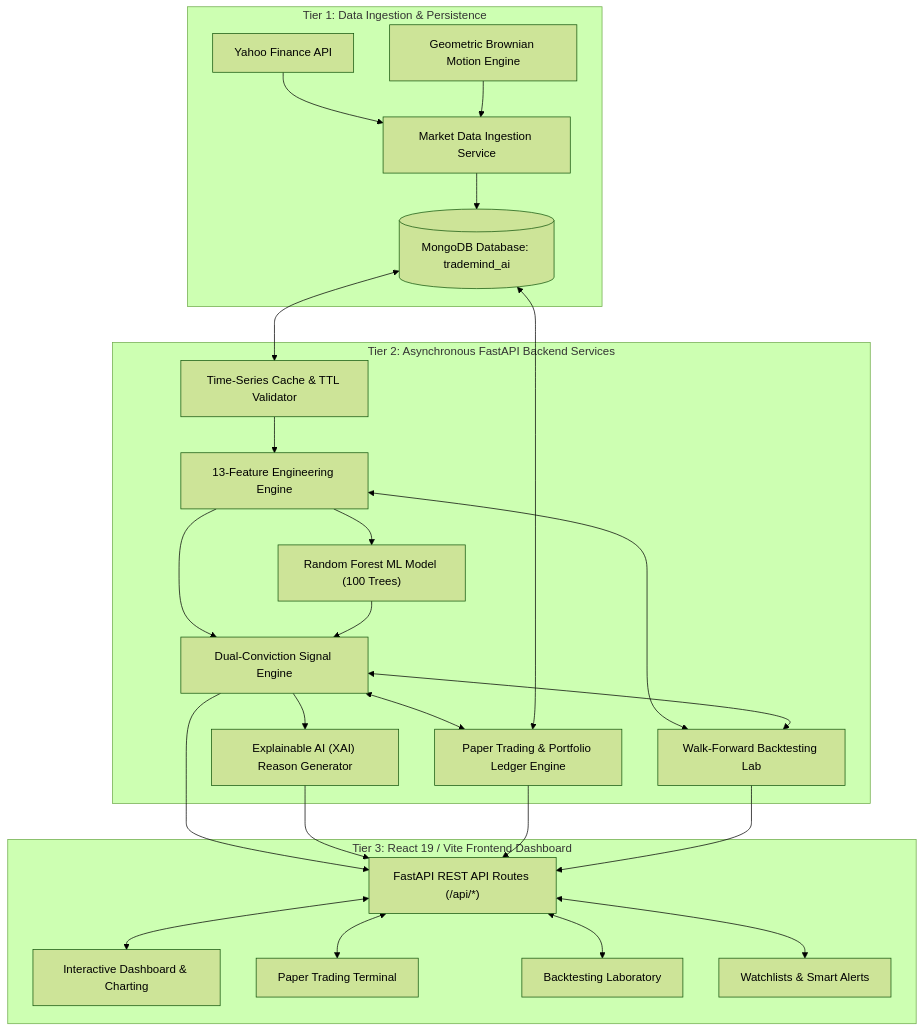
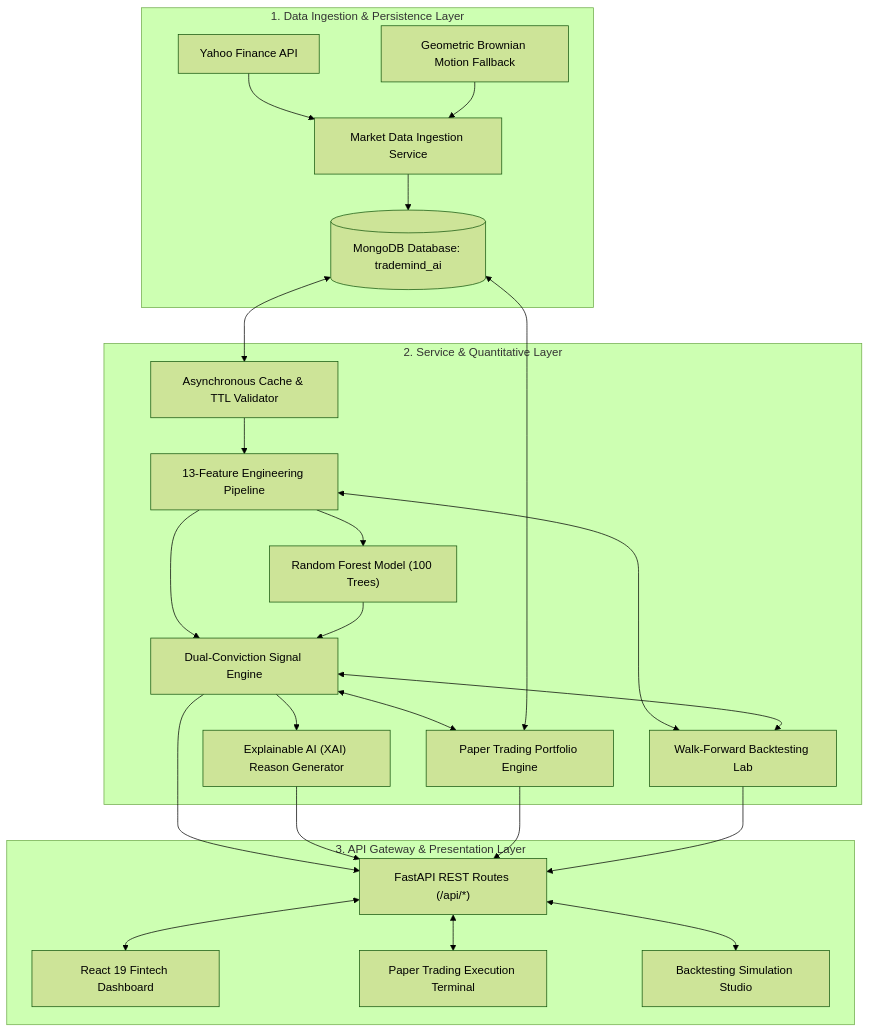
One commit to YASHWANTHGOWDAH/Trading-bot-with-ML changed the fourth of 4 diagrams in docs/FINAL_PROJECT_REPORT_BIS786.md. Above: the diagram before and after it, drawn with Mermaid (forest theme). The commit also changed other lines of this file and 8 other files, not shown here.

Commit message:
docs: generate customized 8-chapter project report for Intelligent trading bot with real-time market data analysis (BIS786, Dept. of IS&E, SVIT)

````diff
--- a/docs/FINAL_PROJECT_REPORT_BIS786.md
+++ b/docs/FINAL_PROJECT_REPORT_BIS786.md
@@ -678,27 +968,26 @@
 ```mermaid
 flowchart TD
-    subgraph DataTier ["Tier 1: Data Ingestion & Persistence"]
+    subgraph L1 ["1. Data Ingestion & Persistence Layer"]
         YF["Yahoo Finance API"] --> INGEST["Market Data Ingestion Service"]
-        GBM["Geometric Brownian Motion Engine"] --> INGEST
+        GBM["Geometric Brownian Motion Fallback"] --> INGEST
         INGEST --> MONGO[("MongoDB Database: trademind_ai")]
     end
 
-    subgraph ServiceTier ["Tier 2: Asynchronous FastAPI Backend Services"]
-        MONGO <--> CACHE["Time-Series Cache & TTL Validator"]
-        CACHE --> FEAT["13-Feature Engineering Engine"]
-        FEAT --> ML["Random Forest ML Model (100 Trees)"]
+    subgraph L2 ["2. Service & Quantitative Layer"]
+        MONGO <--> CACHE["Asynchronous Cache & TTL Validator"]
+        CACHE --> FEAT["13-Feature Engineering Pipeline"]
+        FEAT --> ML["Random Forest Model (100 Trees)"]
         FEAT & ML --> SIG["Dual-Conviction Signal Engine"]
         SIG --> XAI["Explainable AI (XAI) Reason Generator"]
-        SIG & MONGO <--> PAPER["Paper Trading & Portfolio Ledger Engine"]
+        SIG & MONGO <--> PAPER["Paper Trading Portfolio Engine"]
         FEAT & SIG <--> BACKTEST["Walk-Forward Backtesting Lab"]
     end
 
-    subgraph PresentationTier ["Tier 3: React 19 / Vite Frontend Dashboard"]
-        API_GW["FastAPI REST API Routes (/api/*)"]
-        SIG & XAI & PAPER & BACKTEST --> API_GW
-        API_GW <--> DASH["Interactive Dashboard & Charting"]
-        API_GW <--> PT_UI["Paper Trading Terminal"]
-        API_GW <--> BT_UI["Backtesting Laboratory"]
-        API_GW <--> WL_UI["Watchlists & Smart Alerts"]
+    subgraph L3 ["3. API Gateway & Presentation Layer"]
+        API["FastAPI REST Routes (/api/*)"]
+        SIG & XAI & PAPER & BACKTEST --> API
+        API <--> DASH["React 19 Fintech Dashboard"]
+        API <--> TERM["Paper Trading Execution Terminal"]
+        API <--> LAB["Backtesting Simulation Studio"]
     end
 ```
````
